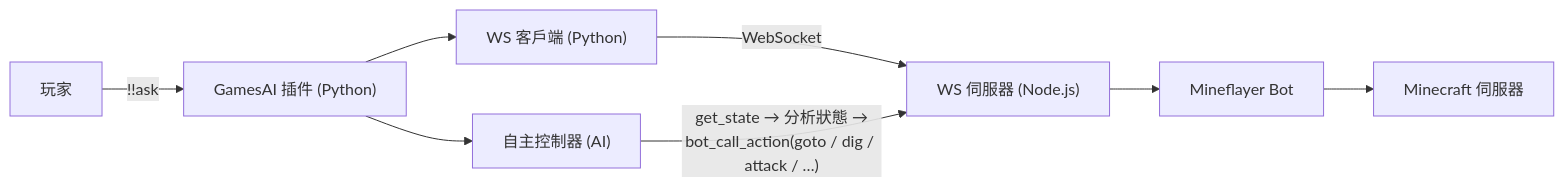
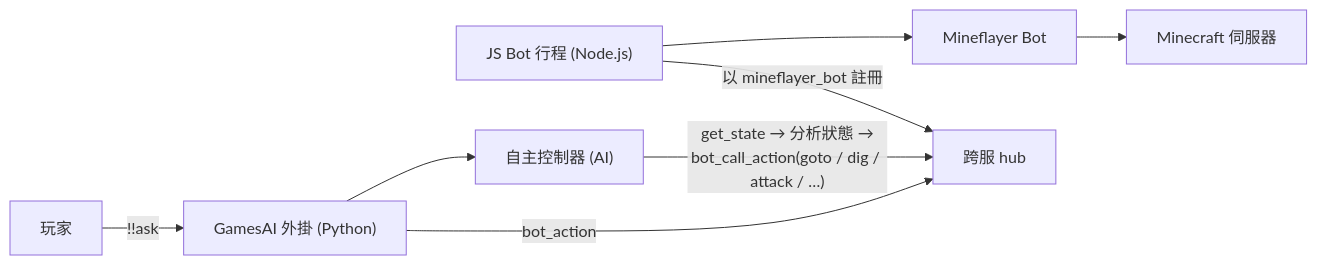
The diagram in docs/zh_tw/mineflayer-bot.md (PengZixuan30/Games_AI), drawn with Mermaid before and after one commit. The commit also changed other lines of this file and 41 other files, not shown here.

````diff
--- a/docs/zh_tw/mineflayer-bot.md
+++ b/docs/zh_tw/mineflayer-bot.md
@@ -29,10 +29,10 @@
 ```mermaid
 flowchart LR
-    A["玩家"] -->|"!!ask"| B["GamesAI 插件 (Python)"]
-    B --> C["WS 客戶端 (Python)"]
-    C -->|"WebSocket"| D["WS 伺服器 (Node.js)"]
-    D --> E["Mineflayer Bot"]
+    A["玩家"] -->|"!!ask"| B["GamesAI 外掛 (Python)"]
+    B -->|"bot_action"| D["跨服 hub"]
+    H["JS Bot 行程 (Node.js)"] -->|"以 mineflayer_bot 註冊"| D
+    H --> E["Mineflayer Bot"]
     E --> F["Minecraft 伺服器"]
     B --> G["自主控制器 (AI)"]
     G -->|"get_state → 分析狀態 →<br/>bot_call_action(goto / dig / attack / …)"| D
 ```
````
